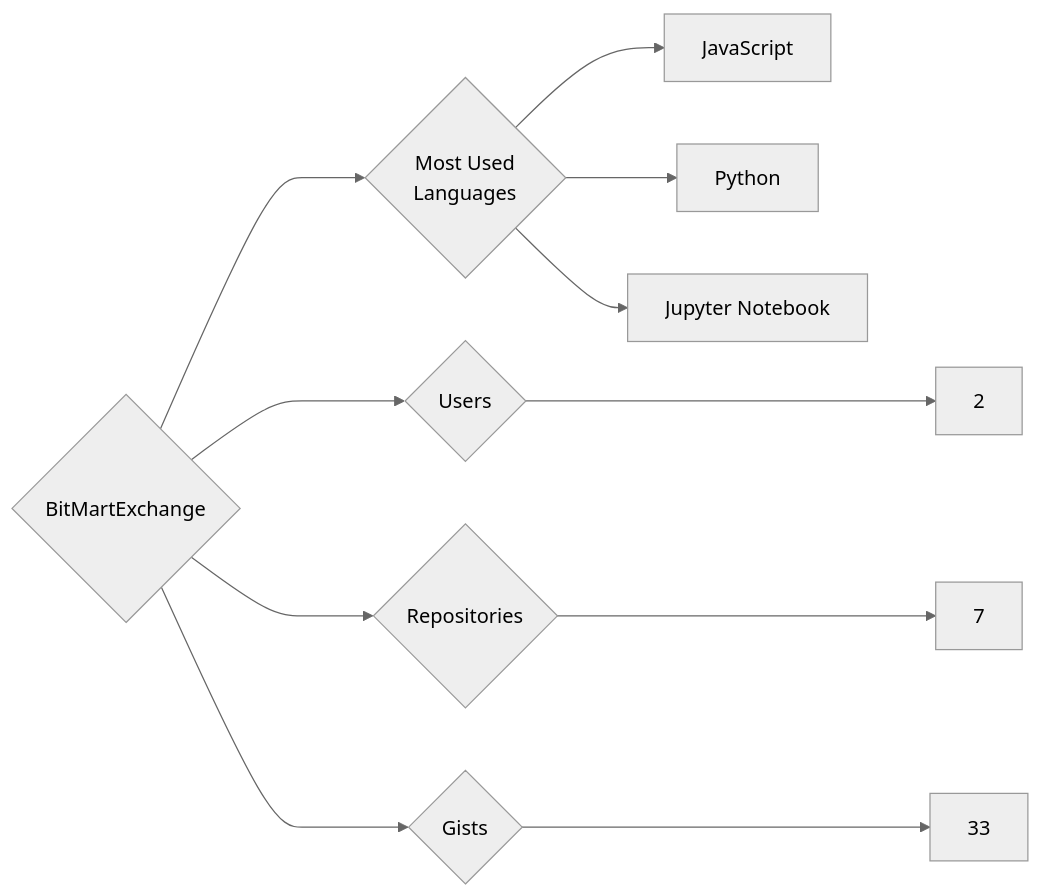
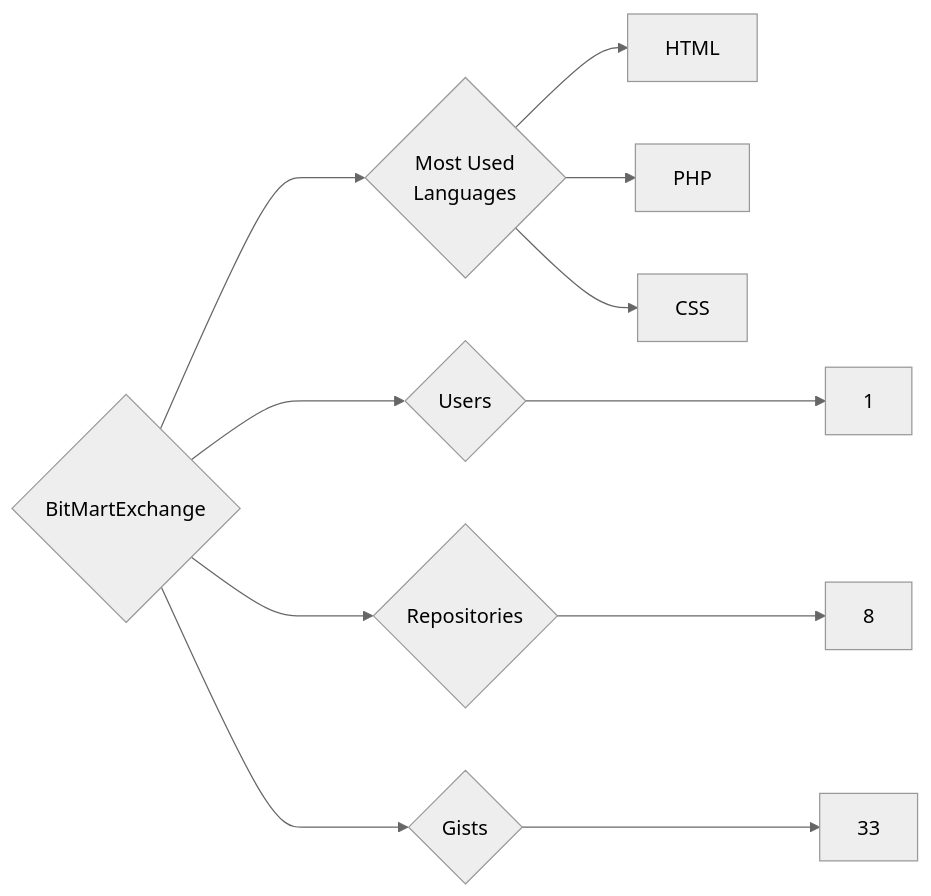
Before and after one commit to trickest/insiders: the diagram in targets/BitMartExchange/README.md, drawn with Mermaid (neutral theme). The commit also changed 1212 other files, not shown here.

````diff
--- a/targets/BitMartExchange/README.md
+++ b/targets/BitMartExchange/README.md
@@ -3,11 +3,11 @@
 ```mermaid
 graph LR
 COMPANY_NAME{BitMartExchange}
-COMPANY_NAME ---> U{Users} ---> UN[2]
-COMPANY_NAME ---> R{Repositories} ---> RN[7]
+COMPANY_NAME ---> U{Users} ---> UN[1]
+COMPANY_NAME ---> R{Repositories} ---> RN[8]
 COMPANY_NAME ---> G{Gists} ---> GN[33]
 COMPANY_NAME ---> ML{Most Used<br>Languages}
-ML --> JavaScript[JavaScript]
-ML --> Python[Python]
-ML --> Jupyter_Notebook[Jupyter Notebook]
+ML --> HTML[HTML]
+ML --> PHP[PHP]
+ML --> CSS[CSS]
 ```
````
